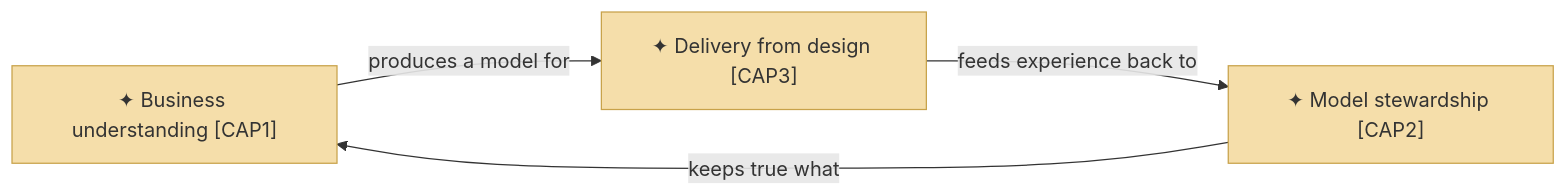
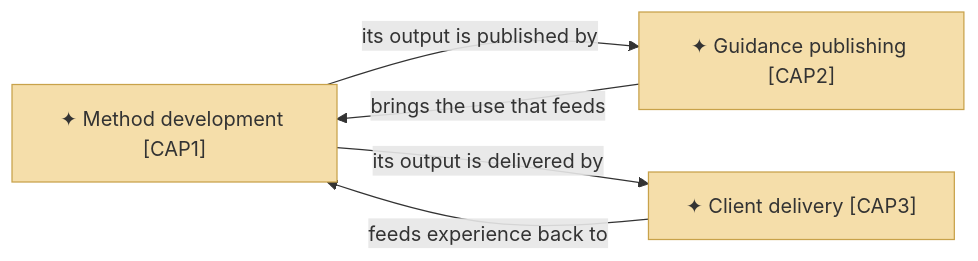
Before and after one commit to roanboc/architecture-archreator: the second of 3 diagrams in org-archreator/architecture/1_strategy/2_capabilities-and-value-stream.md, drawn with Mermaid. The commit also changed other lines of this file and 4 other files, not shown here.

````diff
--- a/org-archreator/architecture/1_strategy/2_capabilities-and-value-stream.md
+++ b/org-archreator/architecture/1_strategy/2_capabilities-and-value-stream.md
@@ -35,12 +40,13 @@
 ```mermaid
 flowchart LR
-  cap1["✦ Business understanding [CAP1]"]:::capability
-  cap2["✦ Model stewardship [CAP2]"]:::capability
-  cap3["✦ Delivery from design [CAP3]"]:::capability
+  cap1["✦ Method development [CAP1]"]:::capability
+  cap2["✦ Guidance publishing [CAP2]"]:::capability
+  cap3["✦ Client delivery [CAP3]"]:::capability
 
-  cap1 -->|produces a model for| cap3
-  cap2 -->|keeps true what| cap1
-  cap3 -->|feeds experience back to| cap2
+  cap1 -->|its output is published by| cap2
+  cap1 -->|its output is delivered by| cap3
+  cap2 -->|brings the use that feeds| cap1
+  cap3 -->|feeds experience back to| cap1
 
   classDef capability fill:#f5deaa,stroke:#c8a24a,color:#333
 ```
````
